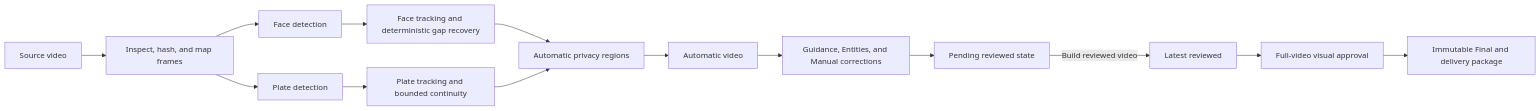
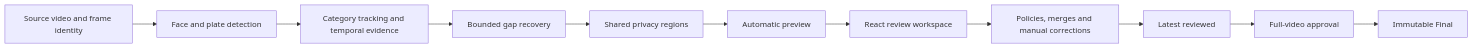
The diagram in README.md (anastasia-krnjaic/video-redaction-pipeline), drawn with Mermaid before and after one commit. The commit also changed other lines of this file and 60 other files, not shown here.

````diff
--- a/README.md
+++ b/README.md
@@ -39,16 +34,13 @@
 ```mermaid
 flowchart LR
-    A[Source video] --> B[Inspect, hash, and map frames]
-    B --> C1[Face detection]
-    B --> C2[Plate detection]
-    C1 --> D1[Face tracking and deterministic gap recovery]
-    C2 --> D2[Plate tracking and bounded continuity]
-    D1 --> E[Automatic privacy regions]
-    D2 --> E
-    E --> F[Automatic video]
-    F --> G[Guidance, Entities, and Manual corrections]
-    G --> H[Pending reviewed state]
-    H -->|Build reviewed video| I[Latest reviewed]
-    I --> J[Full-video visual approval]
-    J --> K[Immutable Final and delivery package]
+    A[Source video and frame identity] --> B[Face and plate detection]
+    B --> C[Category tracking and temporal evidence]
+    C --> D[Bounded gap recovery]
+    D --> E[Shared privacy regions]
+    E --> F[Automatic preview]
+    F --> G[React review workspace]
+    G --> H[Policies, merges and manual corrections]
+    H --> I[Latest reviewed]
+    I --> J[Full-video approval]
+    J --> K[Immutable Final]
 ```
````
